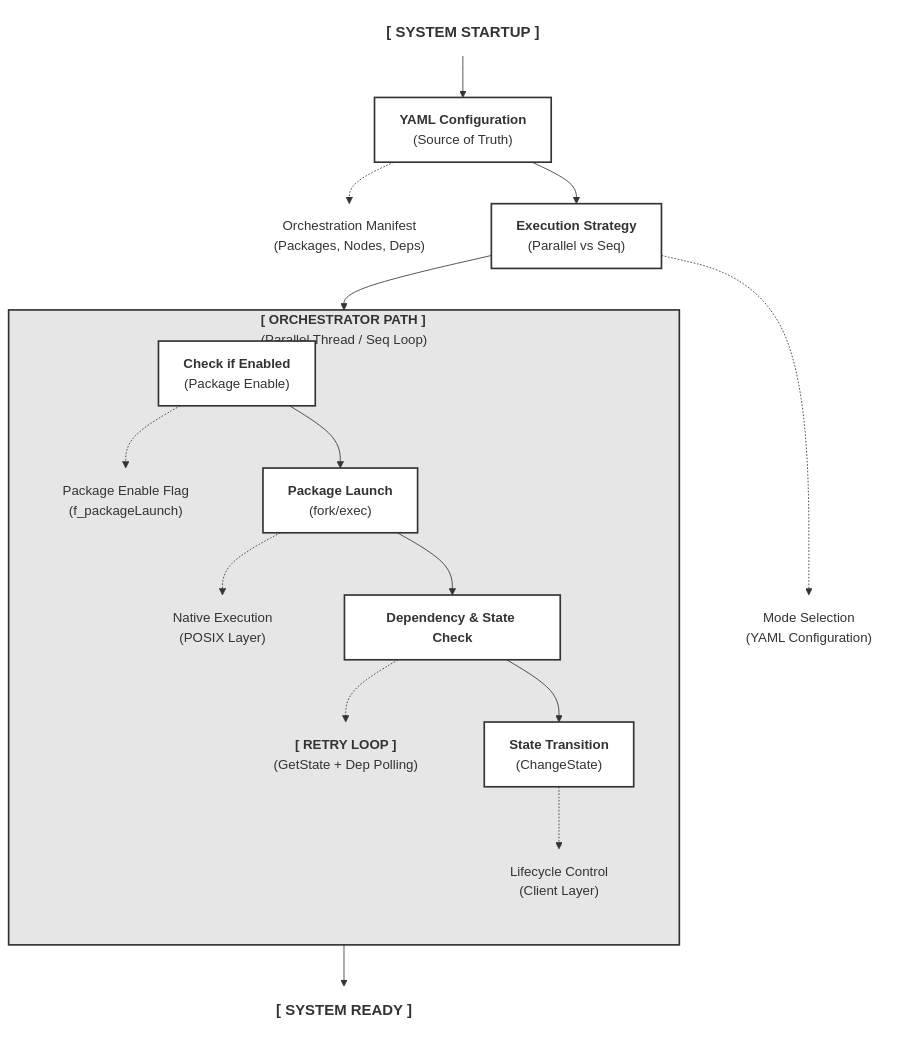
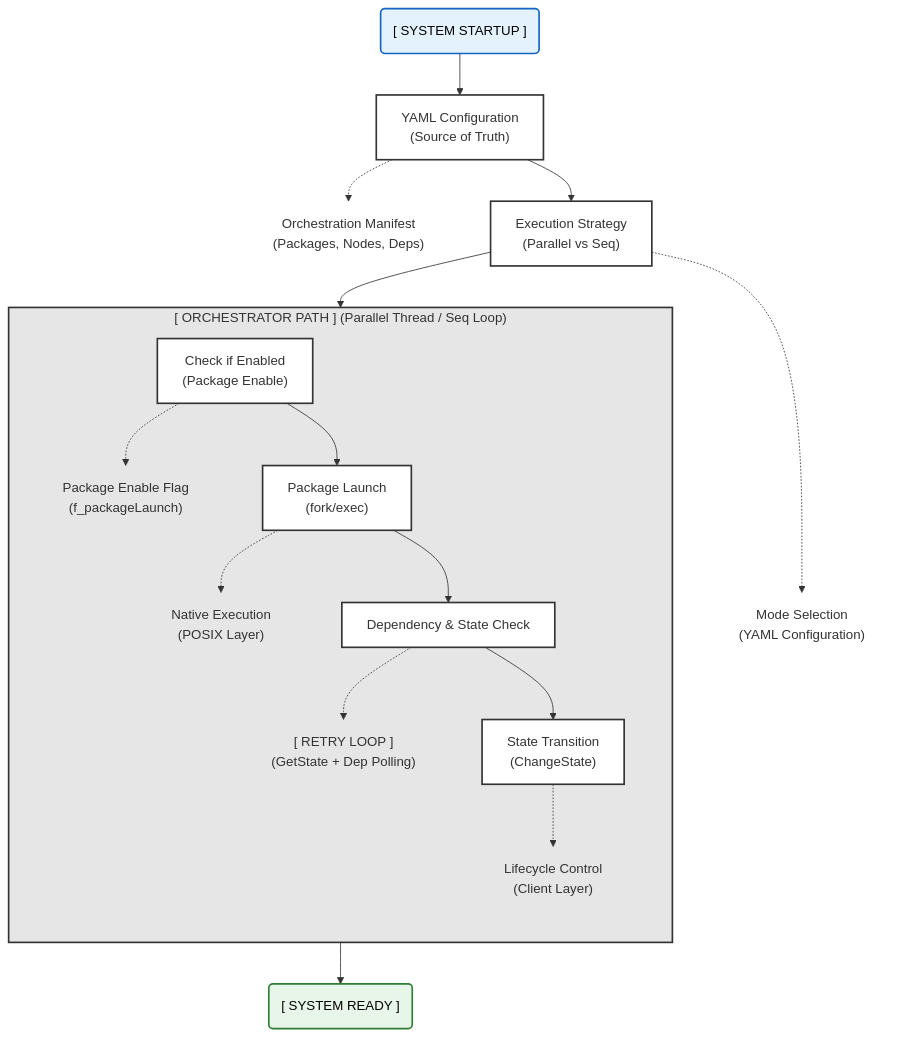
One commit to Open-Edge-Robotics/A.RobotAI-LGE-ROS2-LifecycleManager changed the third of 3 diagrams in README.md. Above: the diagram before and after it, drawn with Mermaid.

````diff
--- a/README.md
+++ b/README.md
@@ -217,43 +217,43 @@
 ```mermaid
 flowchart TD
-    Start("<b>[ SYSTEM STARTUP ]</b>") --> YAML
+    Start("[ SYSTEM STARTUP ]") --> YAML
     
-    YAML["<b>YAML Configuration</b><br/>(Source of Truth)"] -.-> YN["Orchestration Manifest<br/>(Packages, Nodes, Deps)"]
+    YAML["YAML Configuration<br/>(Source of Truth)"] -.-> YN["Orchestration Manifest<br/>(Packages, Nodes, Deps)"]
     YAML --> Exec
     
-    Exec["<b>Execution Strategy</b><br/>(Parallel vs Seq)"] -.-> EN["Mode Selection<br/>(YAML Configuration)"]
+    Exec["Execution Strategy<br/>(Parallel vs Seq)"] -.-> EN["Mode Selection<br/>(YAML Configuration)"]
     Exec --> Path
     
-    subgraph Path ["<b>[ ORCHESTRATOR PATH ]</b><br/>(Parallel Thread / Seq Loop)"]
+    subgraph Path ["[ ORCHESTRATOR PATH ]  (Parallel Thread / Seq Loop)"]
         direction TB
-        Check["<b>Check if Enabled</b><br/>(Package Enable)"] -.-> CN["Package Enable Flag<br/>(f_packageLaunch)"]
+        Check["Check if Enabled<br/>(Package Enable)"] -.-> CN["Package Enable Flag<br/>(f_packageLaunch)"]
         Check --> Launch
         
-        Launch["<b>Package Launch</b><br/>(fork/exec)"] -.-> LN["Native Execution<br/>(POSIX Layer)"]
+        Launch["Package Launch<br/>(fork/exec)"] -.-> LN["Native Execution<br/>(POSIX Layer)"]
         Launch --> Dep
         
-        Dep["<b>Dependency & State Check</b>"] -.-> DN["<b>[ RETRY LOOP ]</b><br/>(GetState + Dep Polling)"]
+        Dep["Dependency & State Check"] -.-> DN["[ RETRY LOOP ]<br/>(GetState + Dep Polling)"]
         Dep --> Trans
         
-        Trans["<b>State Transition</b><br/>(ChangeState)"] -.-> TN["Lifecycle Control<br/>(Client Layer)"]
+        Trans["State Transition<br/>(ChangeState)"] -.-> TN["Lifecycle Control<br/>(Client Layer)"]
     end
     
-    Path --> Ready("<b>[ SYSTEM READY ]</b>")
+    Path --> Ready("[ SYSTEM READY ]")
 
     style Path fill:#e6e6e6,stroke:#333,stroke-width:2px
-    style Start fill:none,stroke:none,font-size:18px
-    style Ready fill:none,stroke:none,font-size:18px
+    style Start fill:#e3f2fd,stroke:#1565c0,stroke-width:2px,color:#000
+    style Ready fill:#e8f5e9,stroke:#2e7d32,stroke-width:2px,color:#000
     style YN fill:none,stroke:none
     style EN fill:none,stroke:none
     style CN fill:none,stroke:none
     style LN fill:none,stroke:none
     style DN fill:none,stroke:none
     style TN fill:none,stroke:none
     
     style YAML fill:#fff,stroke:#333,stroke-width:2px
     style Exec fill:#fff,stroke:#333,stroke-width:2px
     style Check fill:#fff,stroke:#333,stroke-width:2px
     style Launch fill:#fff,stroke:#333,stroke-width:2px
     style Dep fill:#fff,stroke:#333,stroke-width:2px
     style Trans fill:#fff,stroke:#333,stroke-width:2px
 ```
````
